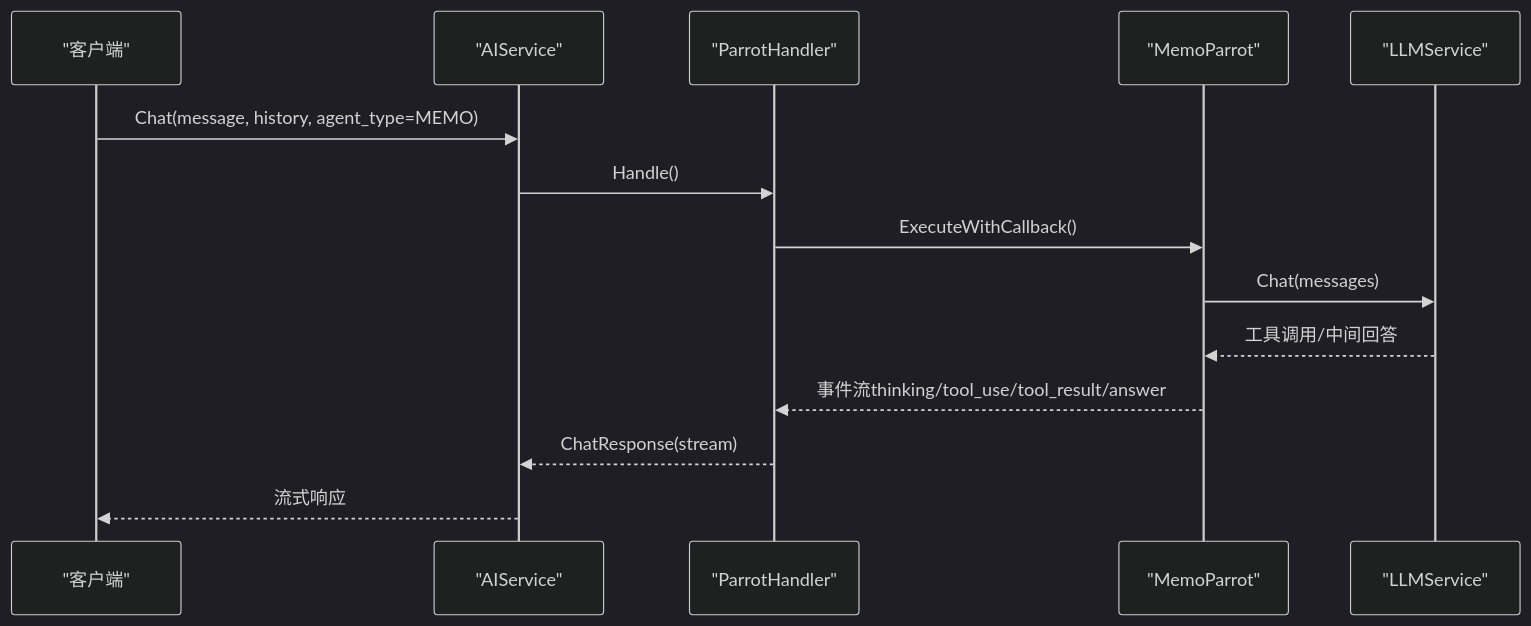
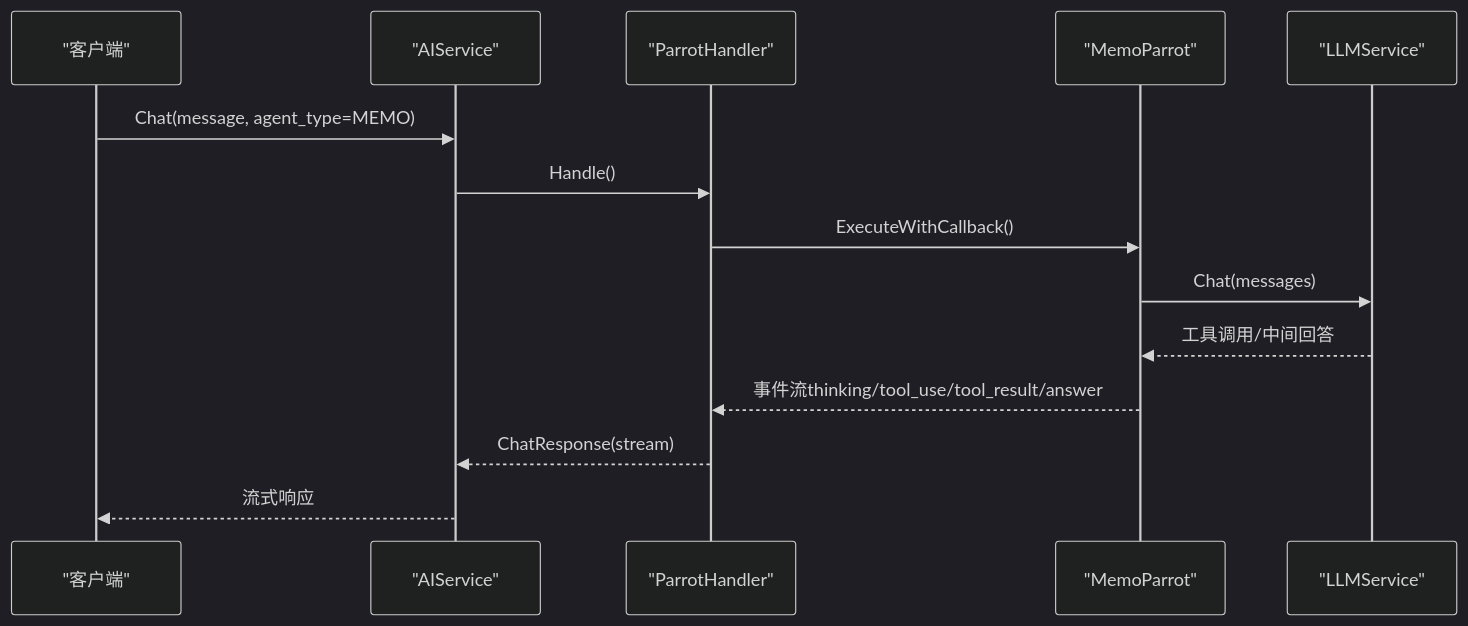
Before and after one commit to hrygo/memos: the sixth of 7 diagrams in .qoder/repowiki/zh/content/AI 增强系统/AI 增强系统.md, drawn with Mermaid (dark theme). The commit also changed other lines of this file and 29 other files, not shown here.

````diff
--- a/.qoder/repowiki/zh/content/AI 增强系统/AI 增强系统.md
+++ b/.qoder/repowiki/zh/content/AI 增强系统/AI 增强系统.md
@@ -307,16 +317,16 @@
 ```mermaid
 sequenceDiagram
 participant Client as "客户端"
 participant API as "AIService"
 participant Handler as "ParrotHandler"
 participant Agent as "MemoParrot"
 participant LLM as "LLMService"
-Client->>API : Chat(message, history, agent_type=MEMO)
+Client->>API : Chat(message, agent_type=MEMO)
 API->>Handler : Handle()
 Handler->>Agent : ExecuteWithCallback()
 Agent->>LLM : Chat(messages)
 LLM-->>Agent : 工具调用/中间回答
 Agent-->>Handler : 事件流thinking/tool_use/tool_result/answer
 Handler-->>API : ChatResponse(stream)
 API-->>Client : 流式响应
 ```
````
